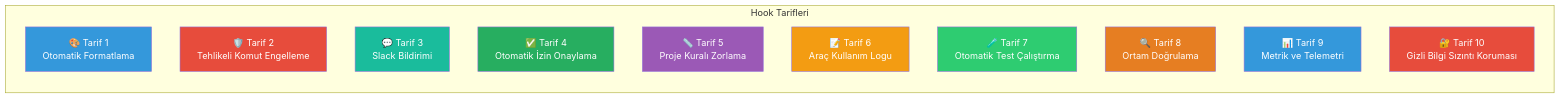
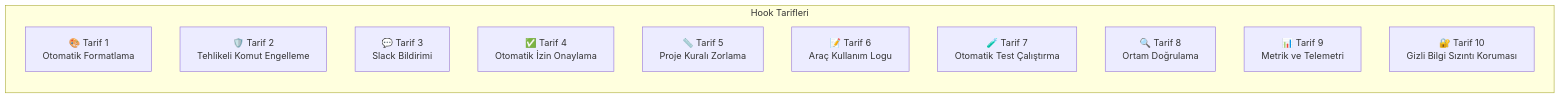
Before and after one commit to IzzetYasinAtes/ClaudeCodeHandbook: the first of 9 diagrams in 14-hooks-ve-otomasyon/05-hook-ornekleri-ve-tarifler.md, drawn with Mermaid. The commit also changed other lines of this file and 97 other files, not shown here.

Commit message:
Remove all custom Mermaid style/fill colors from 98 markdown files for consistent dark theme rendering

````diff
--- a/14-hooks-ve-otomasyon/05-hook-ornekleri-ve-tarifler.md
+++ b/14-hooks-ve-otomasyon/05-hook-ornekleri-ve-tarifler.md
@@ -18,27 +18,17 @@
 ```mermaid
 flowchart TD
     subgraph recipes ["Hook Tarifleri"]
         direction TB
         R1["🎨 Tarif 1<br/>Otomatik Formatlama"]
         R2["🛡️ Tarif 2<br/>Tehlikeli Komut Engelleme"]
         R3["💬 Tarif 3<br/>Slack Bildirimi"]
         R4["✅ Tarif 4<br/>Otomatik İzin Onaylama"]
         R5["📏 Tarif 5<br/>Proje Kuralı Zorlama"]
         R6["📝 Tarif 6<br/>Araç Kullanım Logu"]
         R7["🧪 Tarif 7<br/>Otomatik Test Çalıştırma"]
         R8["🔍 Tarif 8<br/>Ortam Doğrulama"]
         R9["📊 Tarif 9<br/>Metrik ve Telemetri"]
         R10["🔐 Tarif 10<br/>Gizli Bilgi Sızıntı Koruması"]
     end
 
-    style R1 fill:#3498DB,color:#fff
-    style R2 fill:#E74C3C,color:#fff
-    style R3 fill:#1ABC9C,color:#fff
-    style R4 fill:#27AE60,color:#fff
-    style R5 fill:#9B59B6,color:#fff
-    style R6 fill:#F39C12,color:#fff
-    style R7 fill:#2ECC71,color:#fff
-    style R8 fill:#E67E22,color:#fff
-    style R9 fill:#3498DB,color:#fff
-    style R10 fill:#E74C3C,color:#fff
 ```
````
